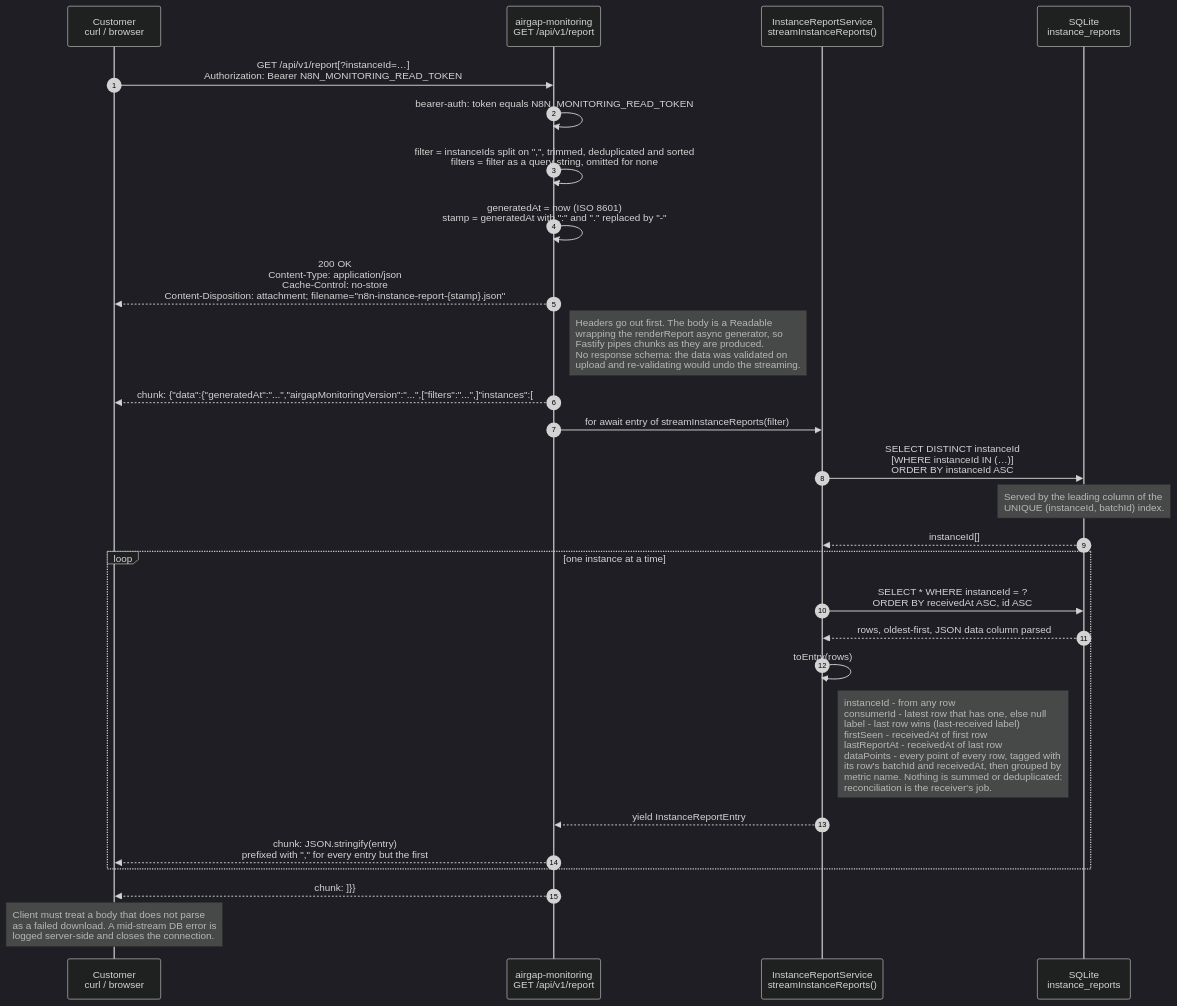
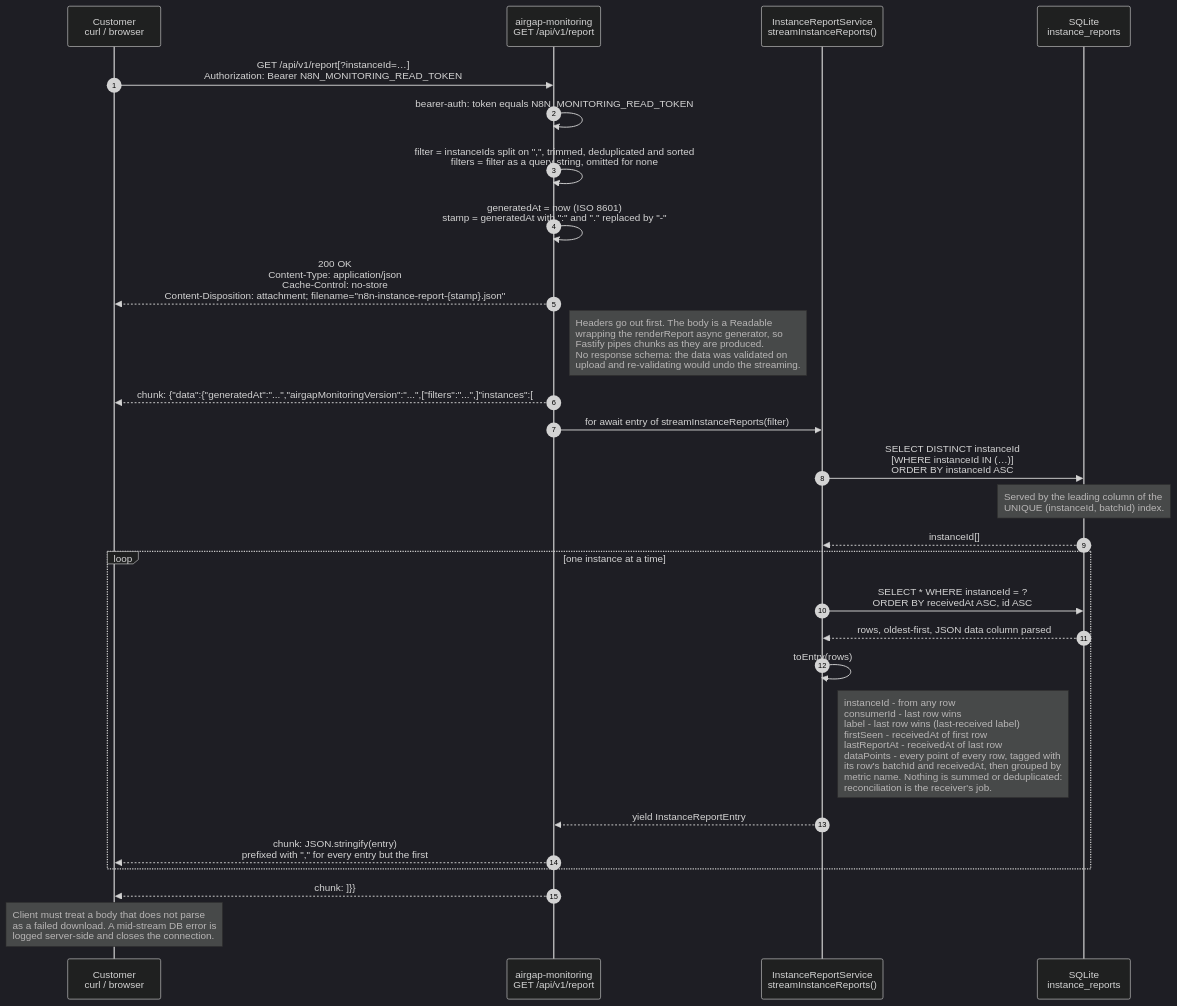
The second of 2 diagrams in docs/DIAGRAMS.md (n8n-io/n8n-airgap-monitoring), drawn with Mermaid (dark theme) before and after one commit. The commit also changed 5 other files, not shown here.

Commit message:
Always use last seen consumerId per instance

````diff
--- a/docs/DIAGRAMS.md
+++ b/docs/DIAGRAMS.md
@@ -105,39 +105,39 @@
 ```mermaid
 ---
 config:
   sequence:
     noteAlign: left
 ---
 sequenceDiagram
     autonumber
     participant C as Customer<br/>curl / browser
     participant API as airgap-monitoring<br/>GET /api/v1/report
     participant SVC as InstanceReportService<br/>streamInstanceReports()
     participant DB as SQLite<br/>instance_reports
 
     C->>API: GET /api/v1/report[?instanceId=…]<br/>Authorization: Bearer N8N_MONITORING_READ_TOKEN
     API->>API: bearer-auth: token equals N8N_MONITORING_READ_TOKEN
     API->>API: filter = instanceIds split on ",", trimmed, deduplicated and sorted<br/>filters = filter as a query string, omitted for none
     API->>API: generatedAt = now (ISO 8601)<br/>stamp = generatedAt with ":" and "." replaced by "-"
     API-->>C: 200 OK<br/>Content-Type: application/json<br/>Cache-Control: no-store<br/>Content-Disposition: attachment#59; filename="n8n-instance-report-{stamp}.json"
     Note right of API: Headers go out first. The body is a Readable<br/>wrapping the renderReport async generator, so<br/>Fastify pipes chunks as they are produced.<br/>No response schema: the data was validated on<br/>upload and re-validating would undo the streaming.
 
     API-->>C: chunk: {"data":{"generatedAt":"...","airgapMonitoringVersion":"...",["filters":"...",]"instances":[
 
     API->>SVC: for await entry of streamInstanceReports(filter)
     SVC->>DB: SELECT DISTINCT instanceId<br/>[WHERE instanceId IN (…)]<br/>ORDER BY instanceId ASC
     Note over DB: Served by the leading column of the<br/>UNIQUE (instanceId, batchId) index.
     DB-->>SVC: instanceId[]
 
     loop one instance at a time
         SVC->>DB: SELECT * WHERE instanceId = ?<br/>ORDER BY receivedAt ASC, id ASC
         DB-->>SVC: rows, oldest-first, JSON data column parsed
         SVC->>SVC: toEntry(rows)
-        Note right of SVC: instanceId - from any row<br/>consumerId - latest row that has one, else null<br/>label - last row wins (last-received label)<br/>firstSeen - receivedAt of first row<br/>lastReportAt - receivedAt of last row<br/>dataPoints - every point of every row, tagged with<br/>its row's batchId and receivedAt, then grouped by<br/>metric name. Nothing is summed or deduplicated:<br/>reconciliation is the receiver's job.
+        Note right of SVC: instanceId - from any row<br/>consumerId - last row wins<br/>label - last row wins (last-received label)<br/>firstSeen - receivedAt of first row<br/>lastReportAt - receivedAt of last row<br/>dataPoints - every point of every row, tagged with<br/>its row's batchId and receivedAt, then grouped by<br/>metric name. Nothing is summed or deduplicated:<br/>reconciliation is the receiver's job.
         SVC-->>API: yield InstanceReportEntry
         API-->>C: chunk: JSON.stringify(entry)<br/>prefixed with "," for every entry but the first
     end
 
     API-->>C: chunk: ]}}
     Note over C: Client must treat a body that does not parse<br/>as a failed download. A mid-stream DB error is<br/>logged server-side and closes the connection.
 ```
````
